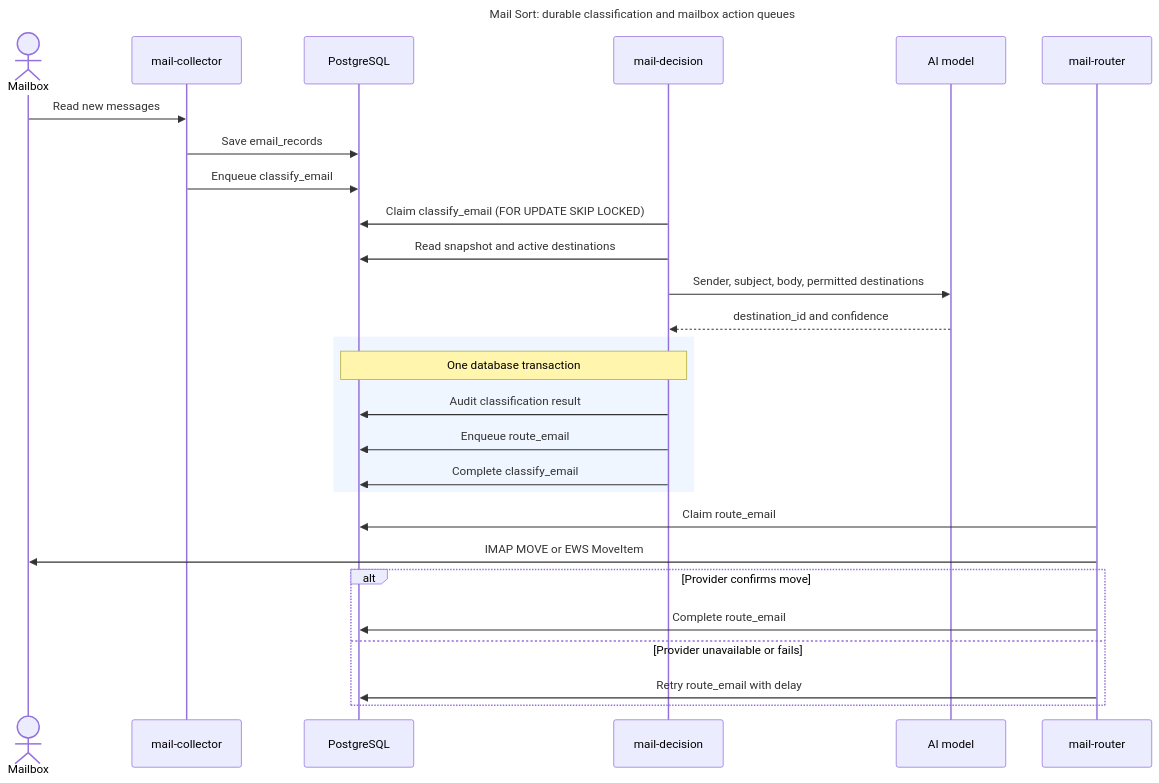
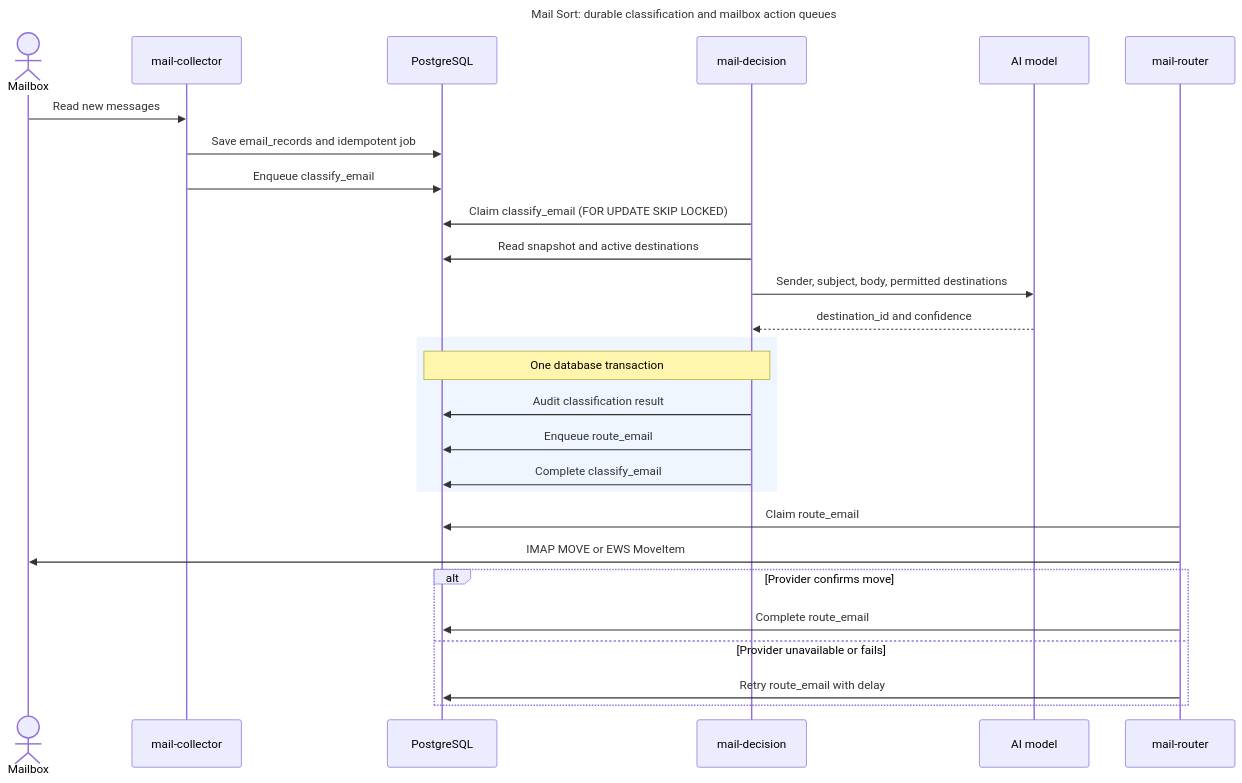
One commit to trubnikovr/mail_sort_ai changed the diagram in docs/mail-processing.mmd. Above: the diagram before and after it, drawn with Mermaid. The commit also changed 19 other files, not shown here.

```diff
--- a/docs/mail-processing.mmd
+++ b/docs/mail-processing.mmd
@@ -1,33 +1,33 @@
 sequenceDiagram
     title Mail Sort: durable classification and mailbox action queues
 
     actor Mailbox
     participant Collector as mail-collector
     participant DB as PostgreSQL
     participant Decision as mail-decision
     participant AI as AI model
     participant Router as mail-router
 
     Mailbox->>Collector: Read new messages
-    Collector->>DB: Save email_records
+    Collector->>DB: Save email_records and idempotent job
     Collector->>DB: Enqueue classify_email
 
     Decision->>DB: Claim classify_email (FOR UPDATE SKIP LOCKED)
     Decision->>DB: Read snapshot and active destinations
     Decision->>AI: Sender, subject, body, permitted destinations
     AI-->>Decision: destination_id and confidence
 
     rect rgb(240, 246, 255)
         Note over Decision,DB: One database transaction
         Decision->>DB: Audit classification result
         Decision->>DB: Enqueue route_email
         Decision->>DB: Complete classify_email
     end
 
     Router->>DB: Claim route_email
     Router->>Mailbox: IMAP MOVE or EWS MoveItem
     alt Provider confirms move
         Router->>DB: Complete route_email
     else Provider unavailable or fails
         Router->>DB: Retry route_email with delay
     end
```
